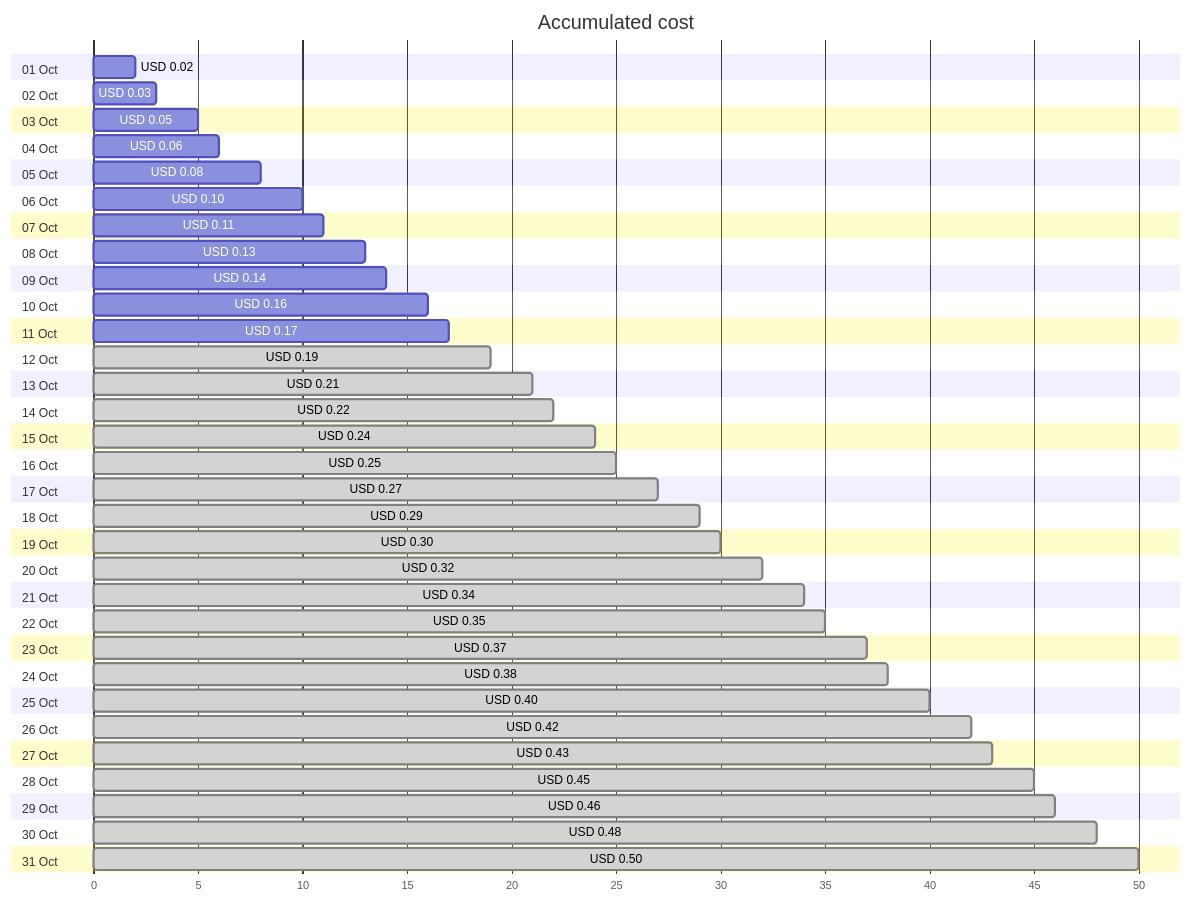
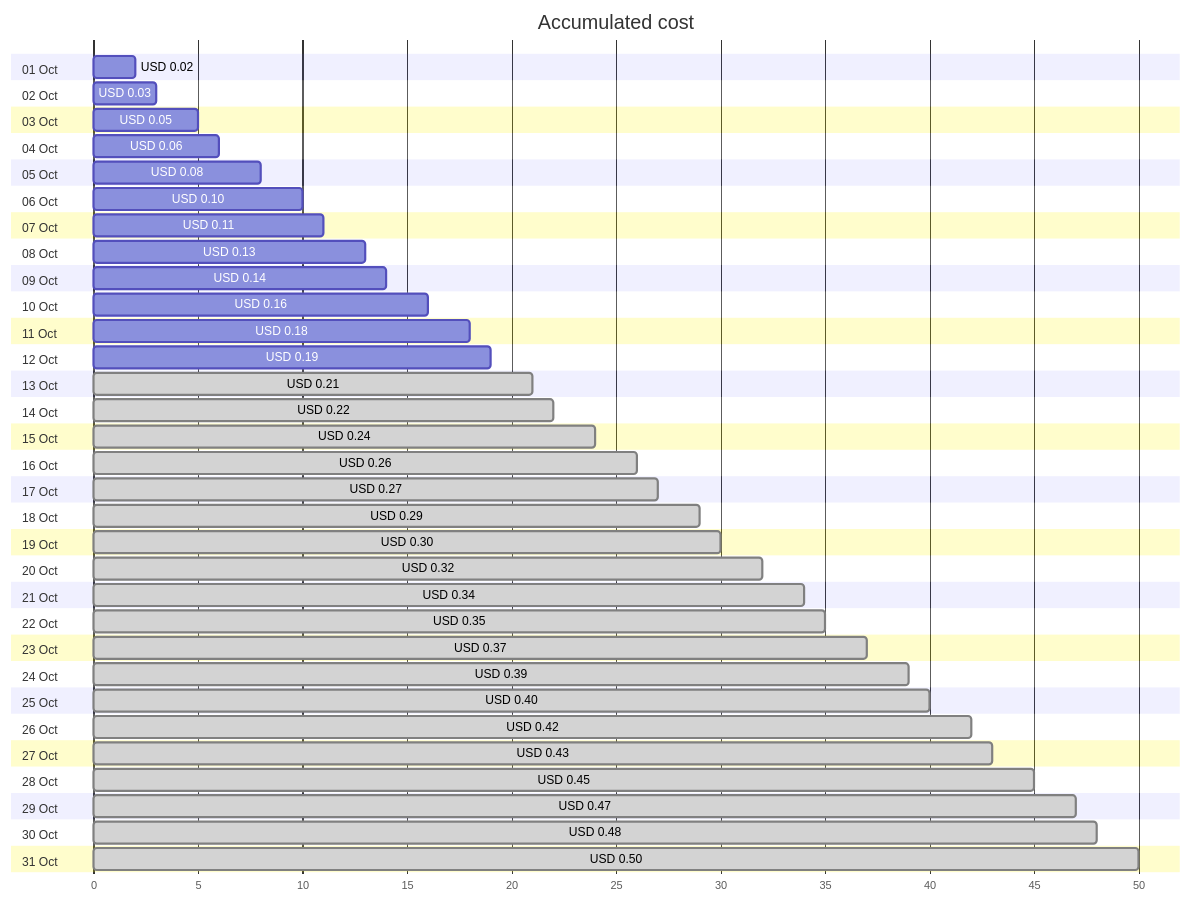
The first of 4 diagrams in cost-reports/personal-network/private.jpatrickfulton.com.md (jpfulton/azure-personal-reports), drawn with Mermaid before and after one commit. The commit also changed other lines of this file and 8 other files, not shown here.

````diff
--- a/cost-reports/personal-network/private.jpatrickfulton.com.md
+++ b/cost-reports/personal-network/private.jpatrickfulton.com.md
@@ -20,68 +20,68 @@
 ```mermaid
 gantt
    title Accumulated cost
    dateFormat  X
    axisFormat %s
    section 01 Oct
    USD 0.02 :0, 2
    section 02 Oct
    USD 0.03 :0, 3
    section 03 Oct
    USD 0.05 :0, 5
    section 04 Oct
    USD 0.06 :0, 6
    section 05 Oct
    USD 0.08 :0, 8
    section 06 Oct
    USD 0.10 :0, 10
    section 07 Oct
    USD 0.11 :0, 11
    section 08 Oct
    USD 0.13 :0, 13
    section 09 Oct
    USD 0.14 :0, 14
    section 10 Oct
    USD 0.16 :0, 16
    section 11 Oct
-   USD 0.17 :0, 17
+   USD 0.18 :0, 18
    section 12 Oct
-   USD 0.19 : done, 0, 19
+   USD 0.19 :0, 19
    section 13 Oct
    USD 0.21 : done, 0, 21
    section 14 Oct
    USD 0.22 : done, 0, 22
    section 15 Oct
    USD 0.24 : done, 0, 24
    section 16 Oct
-   USD 0.25 : done, 0, 25
+   USD 0.26 : done, 0, 26
    section 17 Oct
    USD 0.27 : done, 0, 27
    section 18 Oct
    USD 0.29 : done, 0, 29
    section 19 Oct
    USD 0.30 : done, 0, 30
    section 20 Oct
    USD 0.32 : done, 0, 32
    section 21 Oct
    USD 0.34 : done, 0, 34
    section 22 Oct
    USD 0.35 : done, 0, 35
    section 23 Oct
    USD 0.37 : done, 0, 37
    section 24 Oct
-   USD 0.38 : done, 0, 38
+   USD 0.39 : done, 0, 39
    section 25 Oct
    USD 0.40 : done, 0, 40
    section 26 Oct
    USD 0.42 : done, 0, 42
    section 27 Oct
    USD 0.43 : done, 0, 43
    section 28 Oct
    USD 0.45 : done, 0, 45
    section 29 Oct
-   USD 0.46 : done, 0, 46
+   USD 0.47 : done, 0, 47
    section 30 Oct
    USD 0.48 : done, 0, 48
    section 31 Oct
    USD 0.50 : done, 0, 50
 ```
````
